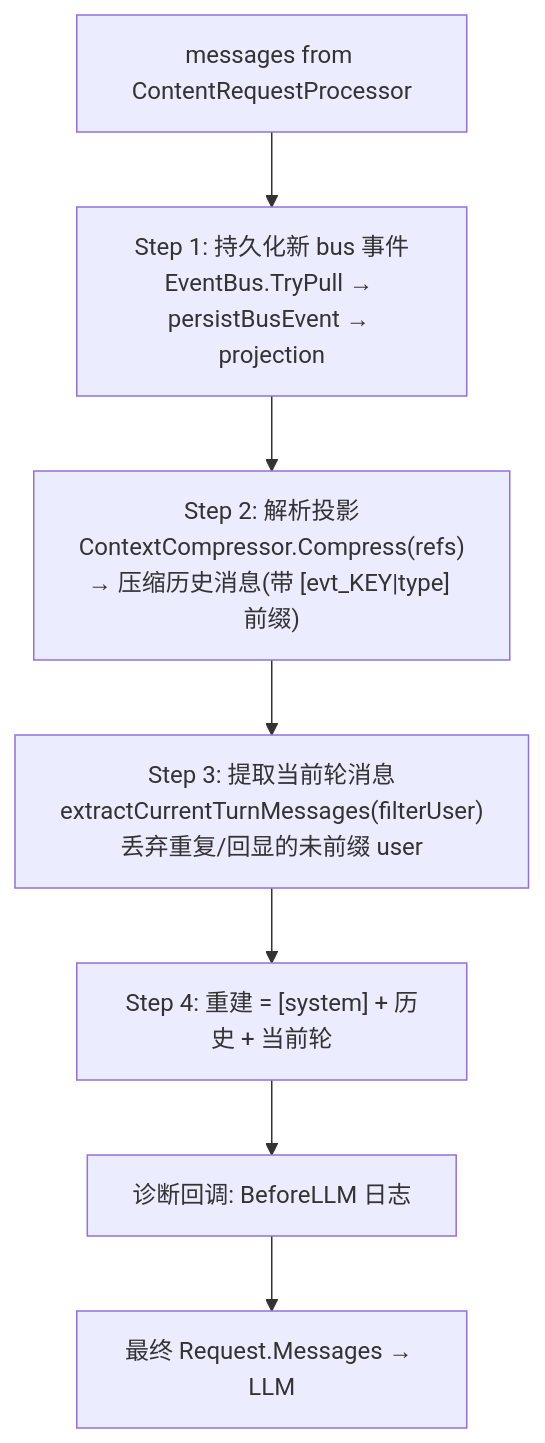
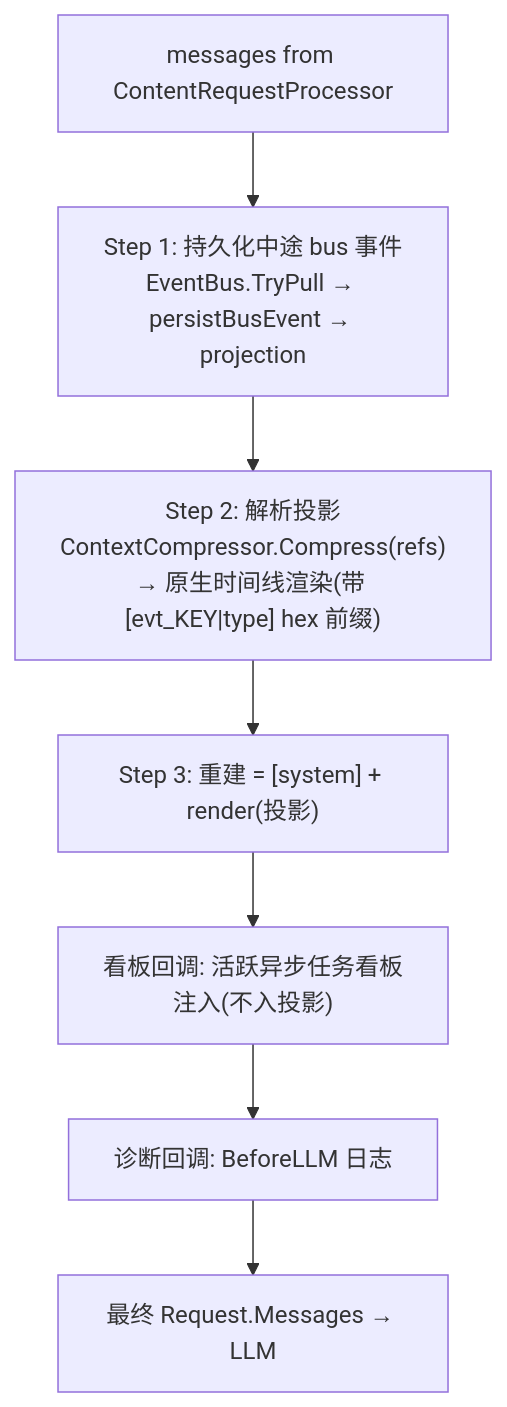
One commit to SpellingDragon/tagent changed the third of 7 diagrams in docs/wiki/agent/event-flow.md. Above: the diagram before and after it, drawn with Mermaid. The commit also changed other lines of this file and 5 other files, not shown here.

Commit message:
docs(wiki): reflect unified event projection (native rendering, sink, hex keys)

````diff
--- a/docs/wiki/agent/event-flow.md
+++ b/docs/wiki/agent/event-flow.md
@@ -48,10 +48,10 @@
 ```mermaid
 graph TD
     M[messages from ContentRequestProcessor] --> S1
-    S1["Step 1: 持久化新 bus 事件<br/>EventBus.TryPull → persistBusEvent → projection"]
-    S1 --> S2["Step 2: 解析投影<br/>ContextCompressor.Compress(refs)<br/>→ 压缩历史消息(带 [evt_KEY|type] 前缀)"]
-    S2 --> S3["Step 3: 提取当前轮消息<br/>extractCurrentTurnMessages(filterUser)<br/>丢弃重复/回显的未前缀 user"]
-    S3 --> S4["Step 4: 重建 = [system] + 历史 + 当前轮"]
-    S4 --> DIAG["诊断回调: BeforeLLM 日志"]
+    S1["Step 1: 持久化中途 bus 事件<br/>EventBus.TryPull → persistBusEvent → projection"]
+    S1 --> S2["Step 2: 解析投影<br/>ContextCompressor.Compress(refs)<br/>→ 原生时间线渲染(带 [evt_KEY|type] hex 前缀)"]
+    S2 --> S3["Step 3: 重建 = [system] + render(投影)"]
+    S3 --> BOARD["看板回调: 活跃异步任务看板注入(不入投影)"]
+    BOARD --> DIAG["诊断回调: BeforeLLM 日志"]
     DIAG --> OUT[最终 Request.Messages → LLM]
 ```
````
